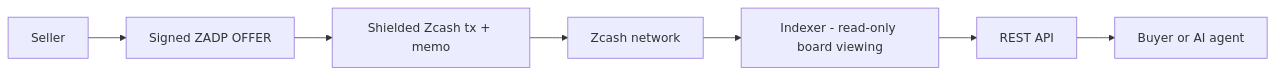
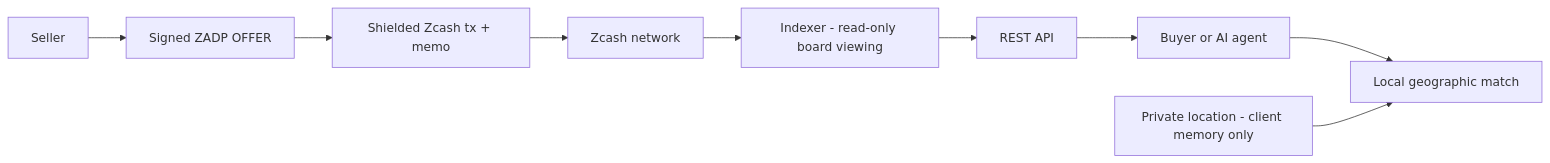
The diagram in README.md (ZADP-protocol/ZADP), drawn with Mermaid before and after one commit. The commit also changed other lines of this file and 11 other files, not shown here.

````diff
--- a/README.md
+++ b/README.md
@@ -32,12 +35,16 @@
 ```mermaid
 flowchart LR
   Seller[Seller]
   Offer[Signed ZADP OFFER]
   Tx[Shielded Zcash tx + memo]
   Net[Zcash network]
   Idx[Indexer - read-only board viewing]
   API[REST API]
   Client[Buyer or AI agent]
+  GPS[Private location - client memory only]
+  Match[Local geographic match]
 
   Seller --> Offer --> Tx --> Net --> Idx --> API --> Client
+  Client --> Match
+  GPS --> Match
 ```
````
